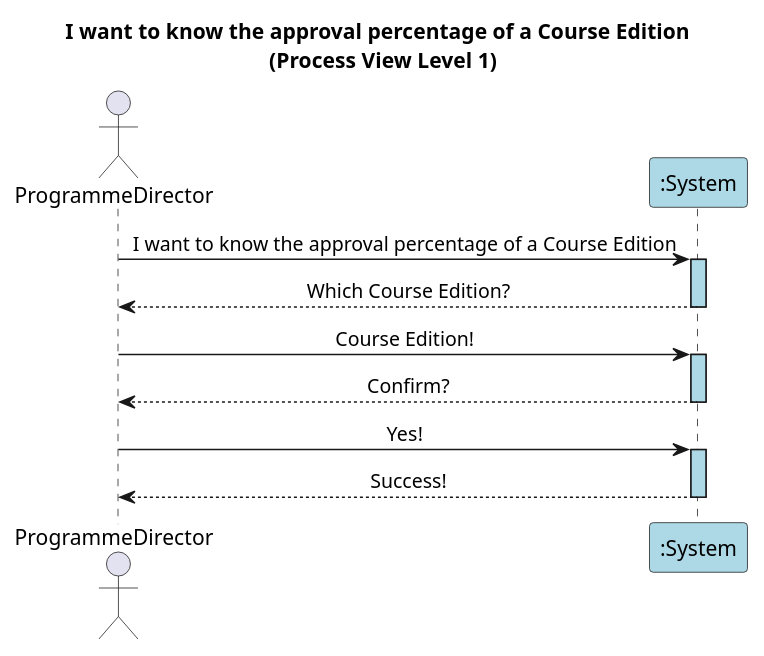
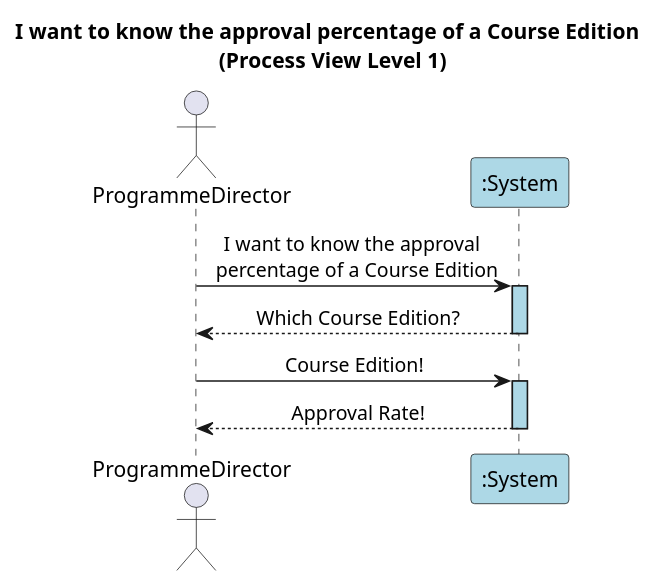
Before and after one commit to GasparISEP/DevOps-PAI: the diagram in docs/US23/REST_API/ProcessView/Level1.puml, drawn with PlantUML.

Commit message:
Update Process View's Level 1 Diagram. Refs  #725

```diff
--- a/docs/US23/REST_API/ProcessView/Level1.puml
+++ b/docs/US23/REST_API/ProcessView/Level1.puml
@@ -1,20 +1,17 @@
 @startuml
 skinparam sequenceMessageAlign center
 skinparam sequenceLifeLineBackgroundColor lightblue
 title: I want to know the approval percentage of a Course Edition \n (Process View Level 1)
 actor ProgrammeDirector
 participant ":System" as System #lightblue
 
-ProgrammeDirector -> System  : I want to know the approval percentage of a Course Edition
+ProgrammeDirector -> System  : I want to know the approval \n percentage of a Course Edition
 activate System
 System --> ProgrammeDirector  : Which Course Edition?
 deactivate System
+
 ProgrammeDirector -> System  : Course Edition!
 activate System
-System --> ProgrammeDirector  : Confirm?
-deactivate System
-ProgrammeDirector -> System  : Yes!
-activate System
-System --> ProgrammeDirector  : Success!
+System --> ProgrammeDirector  : Approval Rate!
 deactivate System
 @enduml
```
